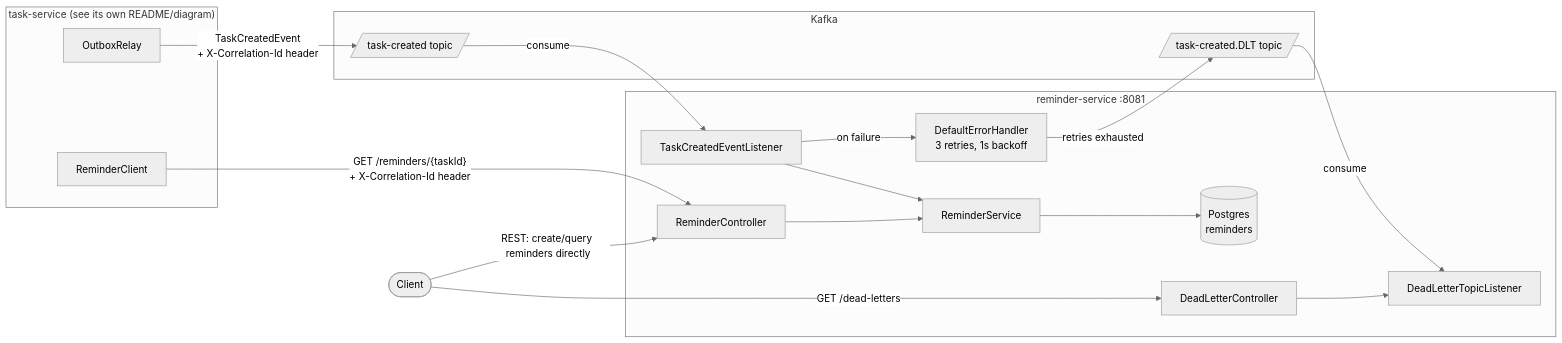
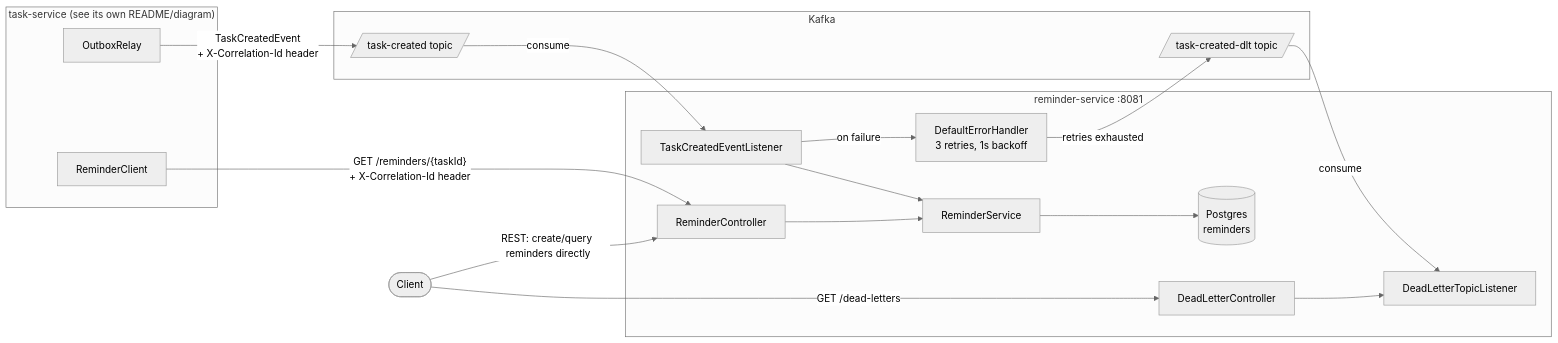
The diagram in README.md (marianeprato/reminder-service), drawn with Mermaid (neutral theme) before and after one commit. The commit also changed other lines of this file and 4 other files, not shown here.

First line of the commit message:
Fix dead-letter topic name: DeadLetterPublishingRecoverer uses "-dlt", not ".DLT"

````diff
--- a/README.md
+++ b/README.md
@@ -24,39 +24,39 @@
 ```mermaid
 flowchart LR
     subgraph TS["task-service (see its own README/diagram)"]
         RELAY[OutboxRelay]
         RC[ReminderClient]
     end
 
     subgraph KAFKA["Kafka"]
         TOPIC[/"task-created" topic/]
-        DLT[/"task-created.DLT" topic/]
+        DLT[/"task-created-dlt" topic/]
     end
 
     subgraph RS["reminder-service :8081"]
         LISTENER[TaskCreatedEventListener]
         ERRH[DefaultErrorHandler\n3 retries, 1s backoff]
         DLTLISTENER[DeadLetterTopicListener]
         RS_SVC[ReminderService]
         RREPO[(Postgres\nreminders)]
         RC_CTRL[ReminderController]
         DLT_CTRL[DeadLetterController]
     end
 
     Client([Client])
 
     RELAY -- "TaskCreatedEvent\n+ X-Correlation-Id header" --> TOPIC
     TOPIC -- consume --> LISTENER
     LISTENER -- "on failure" --> ERRH
     ERRH -- "retries exhausted" --> DLT
     DLT -- consume --> DLTLISTENER
     Client -- "GET /dead-letters" --> DLT_CTRL
     DLT_CTRL --> DLTLISTENER
 
     LISTENER --> RS_SVC
     RS_SVC --> RREPO
 
     RC -- "GET /reminders/{taskId}\n+ X-Correlation-Id header" --> RC_CTRL
     Client -- "REST: create/query reminders directly" --> RC_CTRL
     RC_CTRL --> RS_SVC
 ```
````
